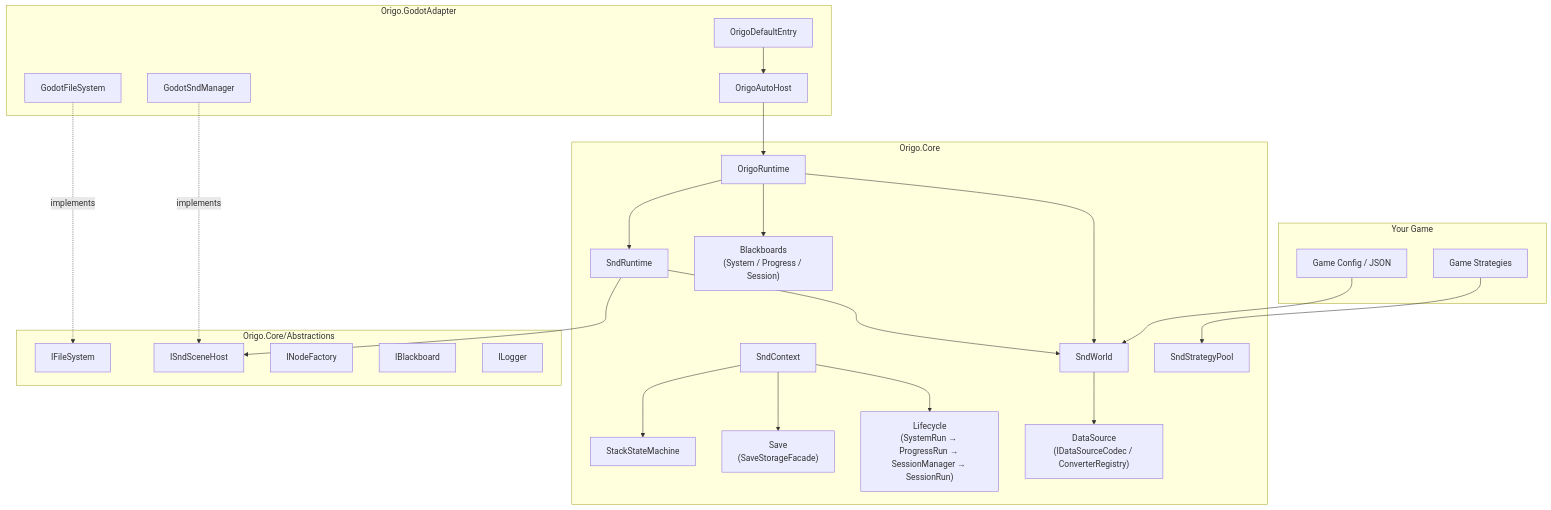
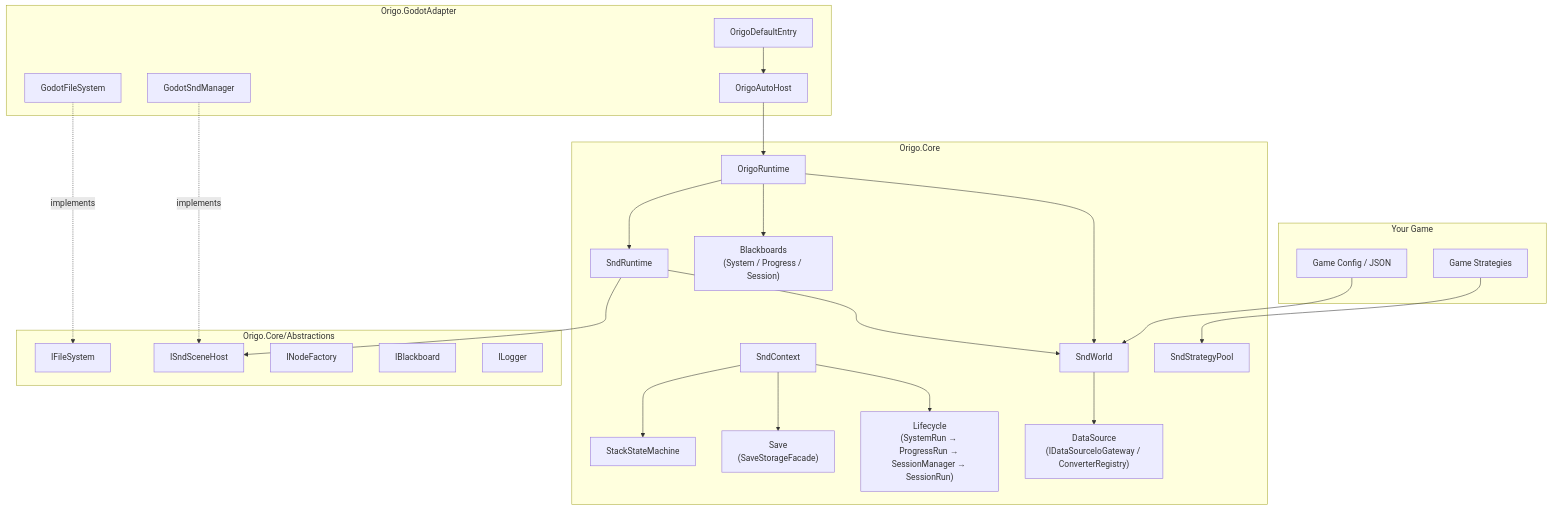
One commit to 51193/origo.stable changed the first of 2 diagrams in README.md. Above: the diagram before and after it, drawn with Mermaid. The commit also changed other lines of this file and 61 other files, not shown here.

Commit message:
feat: Introduce DataSource I/O routing and refactor serialization to use DataSourceNode

````diff
--- a/README.md
+++ b/README.md
@@ -251,45 +251,45 @@
 ```mermaid
 flowchart TB
     subgraph game ["Your Game"]
         GS[Game Strategies]
         GC[Game Config / JSON]
     end
 
     subgraph adapter ["Origo.GodotAdapter"]
         Entry[OrigoDefaultEntry]
         Host[OrigoAutoHost]
         GFS[GodotFileSystem]
         GSM[GodotSndManager]
     end
 
     subgraph core ["Origo.Core"]
         RT[OrigoRuntime]
         SW[SndWorld]
         SR[SndRuntime]
         SC[SndContext]
         SP[SndStrategyPool]
         BB["Blackboards<br/>(System / Progress / Session)"]
         SM[StackStateMachine]
         SV["Save<br/>(SaveStorageFacade)"]
         LC["Lifecycle<br/>(SystemRun → ProgressRun → SessionManager → SessionRun)"]
-        DS["DataSource<br/>(IDataSourceCodec / ConverterRegistry)"]
+        DS["DataSource<br/>(IDataSourceIoGateway / ConverterRegistry)"]
     end
 
     subgraph abs ["Origo.Core/Abstractions"]
         IF[IFileSystem]
         ISH[ISndSceneHost]
         INF[INodeFactory]
         IB[IBlackboard]
         IL[ILogger]
     end
 
     GS --> SP
     GC --> SW
     Entry --> Host --> RT
     RT --> SW & SR & BB
     SW --> DS
     SC --> LC & SV & SM
     SR --> SW & ISH
     GSM -.implements.-> ISH
     GFS -.implements.-> IF
 ```
````
